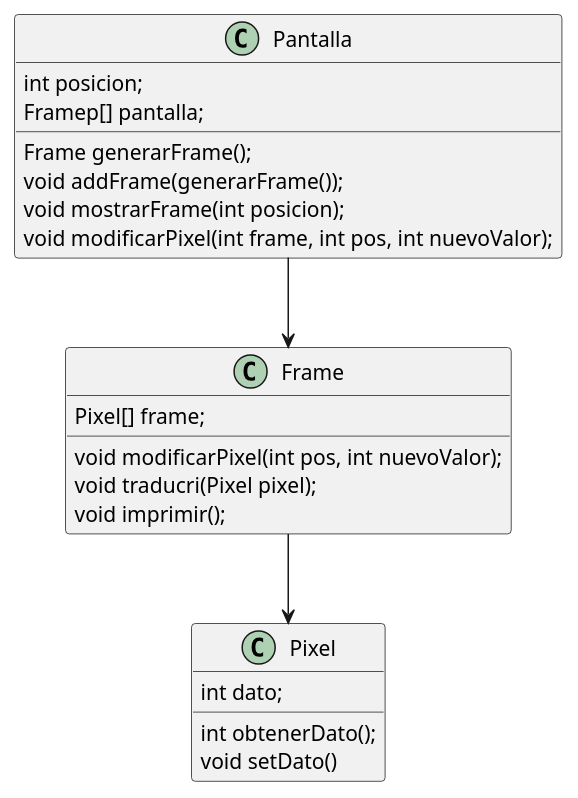
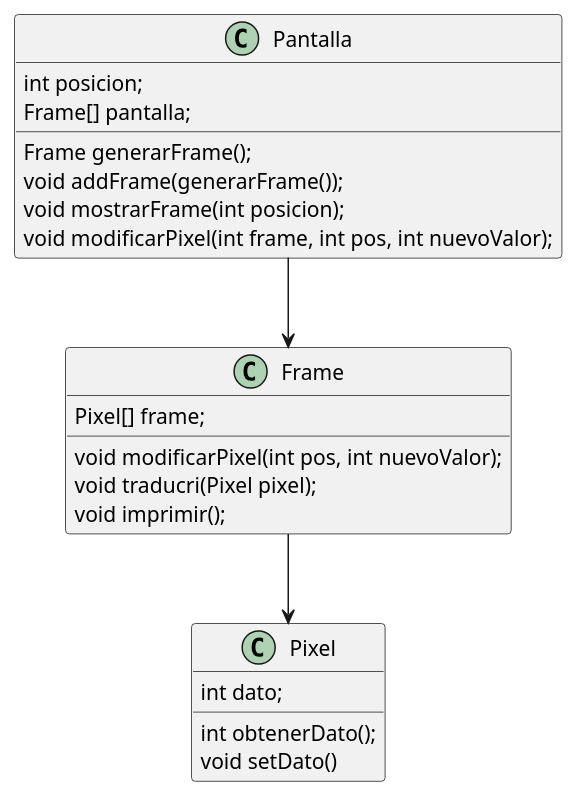
The diagram in entregas/celayaIker/Ejercicio1/diagrama.puml (mmasias/24-25-EDA2), drawn with PlantUML before and after one commit. The commit also changed 1 other file, not shown here.

```diff
--- a/entregas/celayaIker/Ejercicio1/diagrama.puml
+++ b/entregas/celayaIker/Ejercicio1/diagrama.puml
@@ -1,27 +1,27 @@
 @startuml
 
 class Pixel{
   int dato;
   int obtenerDato();
   void setDato()
 }
 
 class Frame{
   Pixel[] frame;
   void modificarPixel(int pos, int nuevoValor);
   void traducri(Pixel pixel);
   void imprimir();
 }
 
 class Pantalla{
   int posicion;
-  Framep[] pantalla;
+  Frame[] pantalla;
   Frame generarFrame();
   void addFrame(generarFrame());
   void mostrarFrame(int posicion);
   void modificarPixel(int frame, int pos, int nuevoValor);
 }
 
 Frame --> Pixel
 Pantalla --> Frame
 @enduml
```
